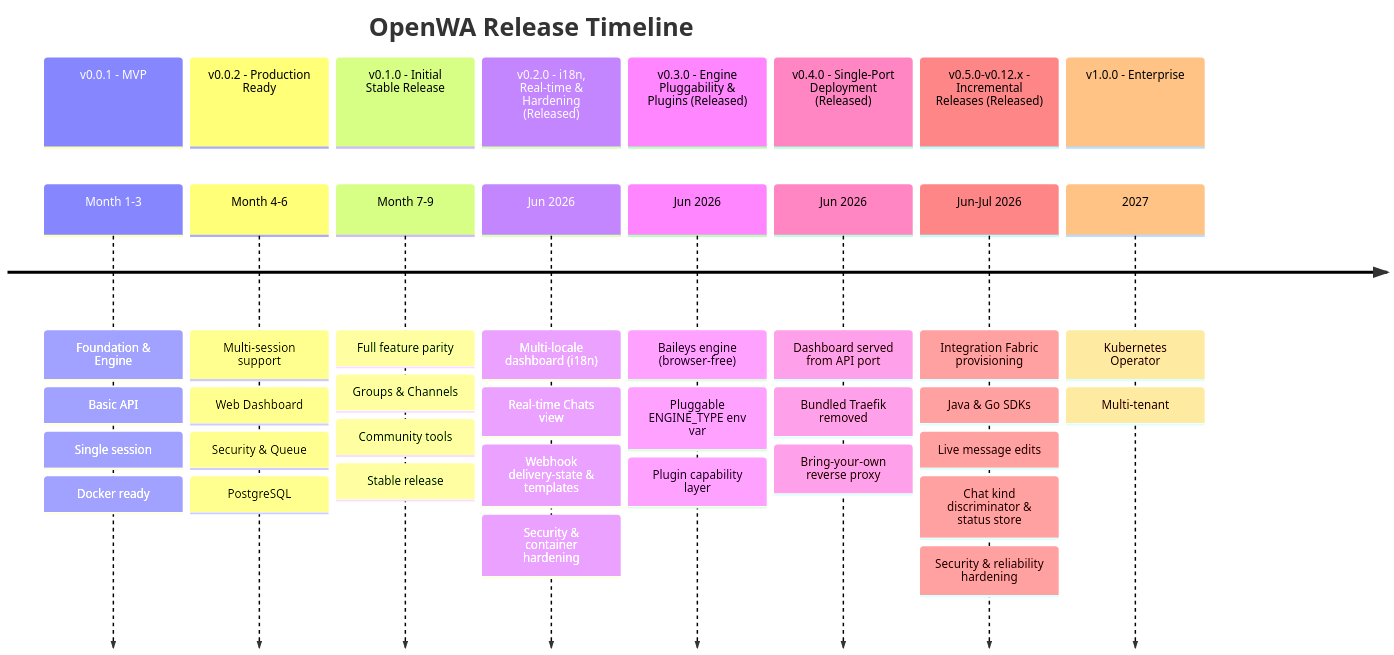
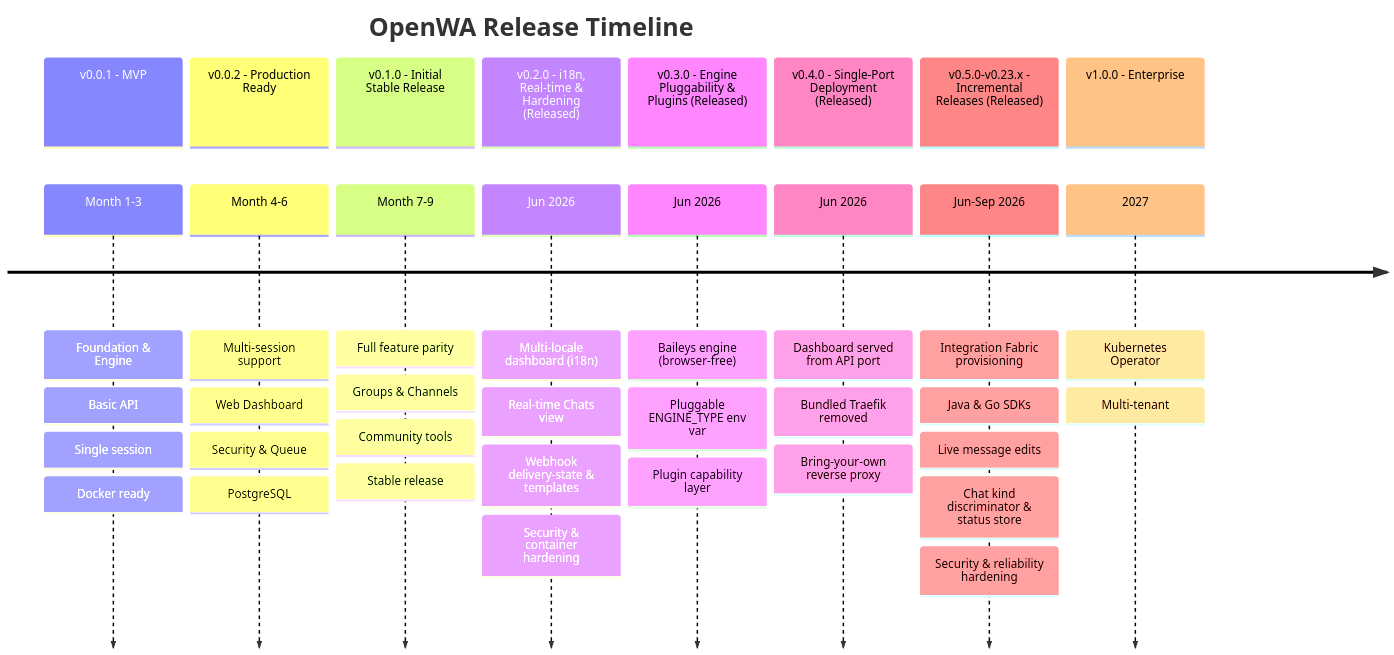
One commit to AntoineTROOVY/Sherlo changed the first of 7 diagrams in docs/15-project-roadmap.md. Above: the diagram before and after it, drawn with Mermaid. The commit also changed other lines of this file and 2 other files, not shown here.

First line of the commit message:
docs(roadmap): enforce the pre-1.0 versioning rule from 0.24.0

````diff
--- a/docs/15-project-roadmap.md
+++ b/docs/15-project-roadmap.md
@@ -5,49 +5,49 @@
 ```mermaid
 timeline
     title OpenWA Release Timeline
 
     section v0.0.1 - MVP
         Month 1-3 : Foundation & Engine
                   : Basic API
                   : Single session
                   : Docker ready
 
     section v0.0.2 - Production Ready
         Month 4-6 : Multi-session support
                   : Web Dashboard
                   : Security & Queue
                   : PostgreSQL
 
     section v0.1.0 - Initial Stable Release
         Month 7-9 : Full feature parity
                   : Groups & Channels
                   : Community tools
                   : Stable release
 
     section v0.2.0 - i18n, Real-time & Hardening (Released)
         Jun 2026 : Multi-locale dashboard (i18n)
                  : Real-time Chats view
                  : Webhook delivery-state & templates
                  : Security & container hardening
 
     section v0.3.0 - Engine Pluggability & Plugins (Released)
         Jun 2026 : Baileys engine (browser-free)
                  : Pluggable ENGINE_TYPE env var
                  : Plugin capability layer
 
     section v0.4.0 - Single-Port Deployment (Released)
         Jun 2026 : Dashboard served from API port
                  : Bundled Traefik removed
                  : Bring-your-own reverse proxy
 
-    section v0.5.0-v0.12.x - Incremental Releases (Released)
-        Jun-Jul 2026 : Integration Fabric provisioning
+    section v0.5.0-v0.23.x - Incremental Releases (Released)
+        Jun-Sep 2026 : Integration Fabric provisioning
                      : Java & Go SDKs
                      : Live message edits
                      : Chat kind discriminator & status store
                      : Security & reliability hardening
 
     section v1.0.0 - Enterprise
         2027 : Kubernetes Operator
              : Multi-tenant
 ```
````
